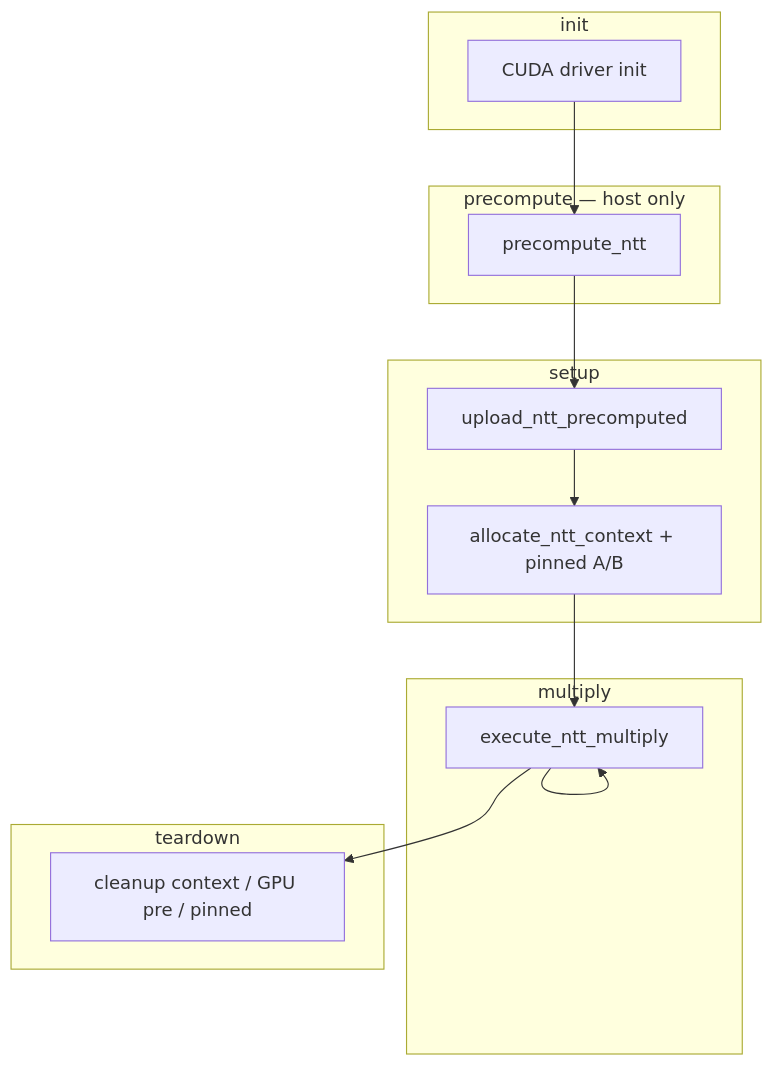
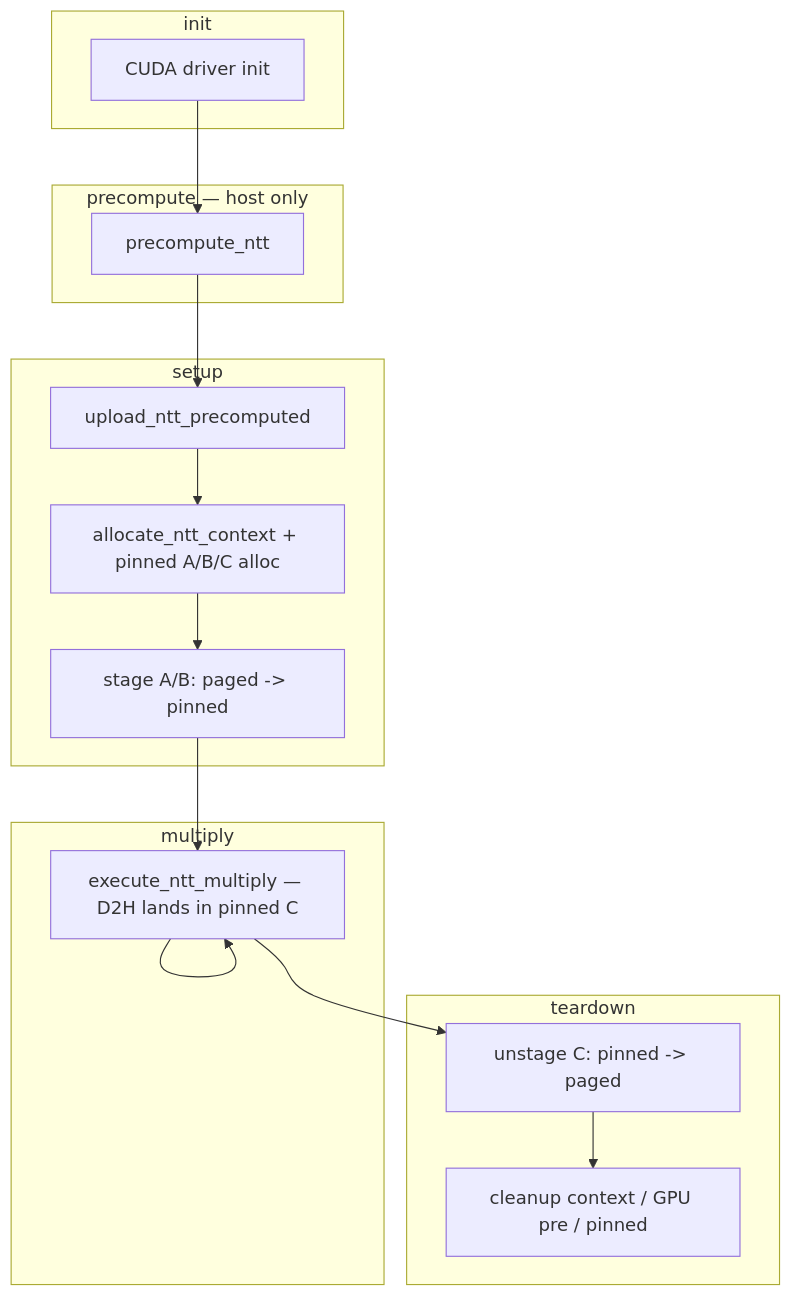
Before and after one commit to nikitaborisov/birdwing: the diagram in docs/TIMING.md, drawn with Mermaid. The commit also changed other lines of this file and 6 other files, not shown here.

Commit message:
Use pinned buffers for d2h as well, include separate timings for staging/unstaging data between paged and pinned memory

````diff
--- a/docs/TIMING.md
+++ b/docs/TIMING.md
@@ -47,30 +48,33 @@
 ```mermaid
 flowchart TD
     subgraph init_b [init]
         I[CUDA driver init]
     end
 
     subgraph pre_b [precompute — host only]
         P[precompute_ntt]
     end
 
     subgraph setup_b [setup]
         U[upload_ntt_precomputed]
-        S[allocate_ntt_context + pinned A/B]
-        U --> S
+        S[allocate_ntt_context + pinned A/B/C alloc]
+        G[stage A/B: paged -> pinned]
+        U --> S --> G
     end
 
     subgraph mult_b [multiply]
-        M[execute_ntt_multiply]
+        M[execute_ntt_multiply — D2H lands in pinned C]
     end
 
     subgraph tear_b [teardown]
+        X[unstage C: pinned -> paged]
         T[cleanup context / GPU pre / pinned]
+        X --> T
     end
 
     I --> P
     P --> U
-    S --> M
+    G --> M
     M --> M
-    M --> T
+    M --> X
 ```
````
